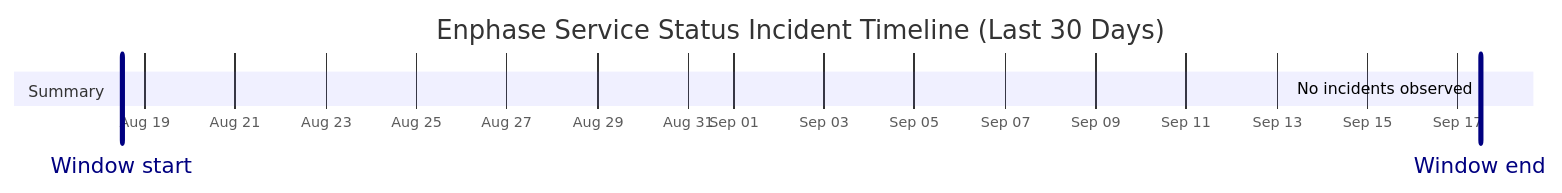
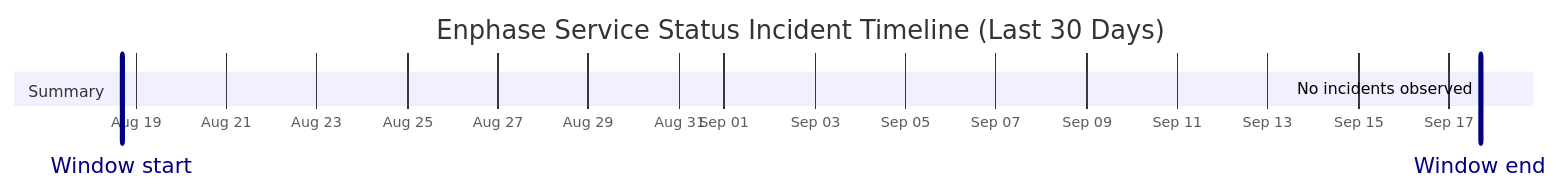
One commit to barneyonline/ha-enphase-energy changed the diagram in wiki/Service-Status-History.md. Above: the diagram before and after it, drawn with Mermaid. The commit also changed other lines of this file and 3 other files, not shown here.

````diff
--- a/wiki/Service-Status-History.md
+++ b/wiki/Service-Status-History.md
@@ -14,10 +14,10 @@
 ```mermaid
 gantt
     title Enphase Service Status Incident Timeline (Last 30 Days)
     dateFormat  YYYY-MM-DDTHH:mm:ss
     axisFormat  %b %d
-    Window start :vert, window-start, 2026-08-18T11:57:53, 0ms
-    Window end :vert, window-end, 2026-09-17T11:57:53, 0ms
+    Window start :vert, window-start, 2026-08-18T16:41:37, 0ms
+    Window end :vert, window-end, 2026-09-17T16:41:37, 0ms
     section Summary
-    No incidents observed :done, 2026-09-17T11:57:53, 1m
+    No incidents observed :done, 2026-09-17T16:41:37, 1m
 ```
````
